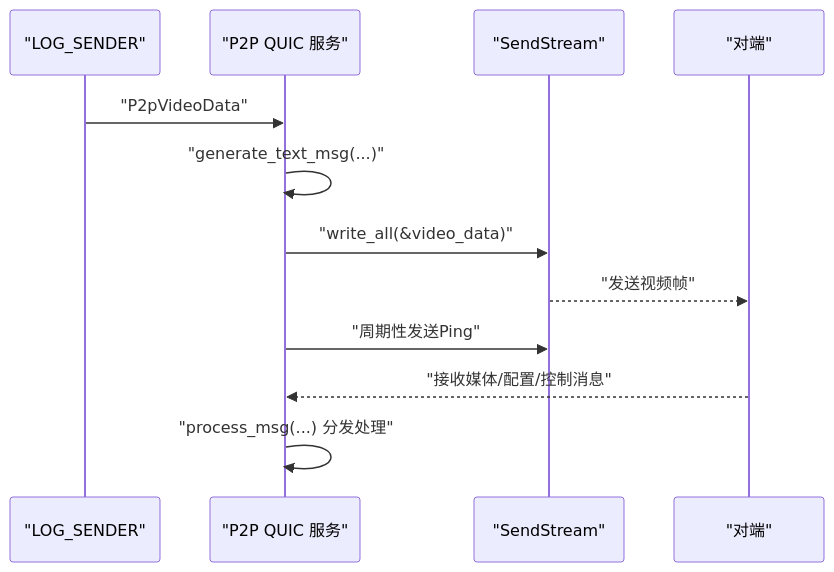
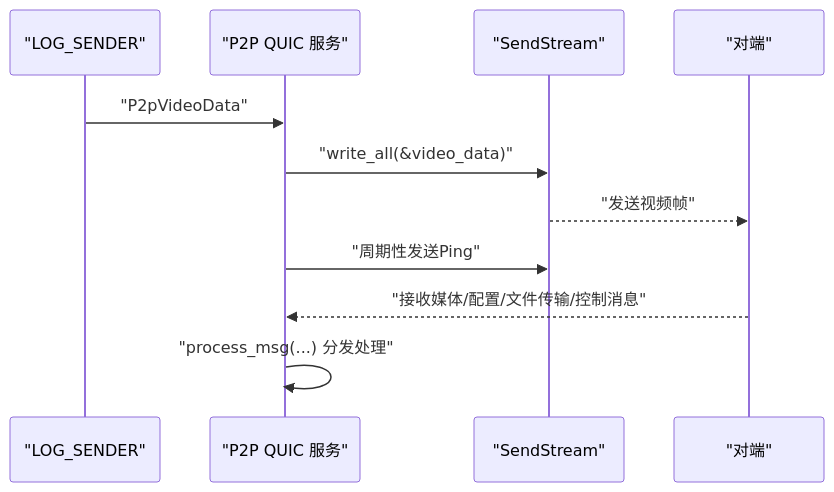
One commit to nicolastinger/only-talk-app changed the fifth of 11 diagrams in .qoder/repowiki/zh/content/网络通信/网络通信.md. Above: the diagram before and after it, drawn with Mermaid. The commit also changed other lines of this file and 9 other files, not shown here.

````diff
--- a/.qoder/repowiki/zh/content/网络通信/网络通信.md
+++ b/.qoder/repowiki/zh/content/网络通信/网络通信.md
@@ -169,14 +196,13 @@
 ```mermaid
 sequenceDiagram
 participant Sender as "LOG_SENDER"
 participant QP2P as "P2P QUIC 服务"
 participant Stream as "SendStream"
 participant Peer as "对端"
 Sender->>QP2P : "P2pVideoData"
-QP2P->>QP2P : "generate_text_msg(...)"
 QP2P->>Stream : "write_all(&video_data)"
 Stream-->>Peer : "发送视频帧"
 QP2P->>Stream : "周期性发送Ping"
-Peer-->>QP2P : "接收媒体/配置/控制消息"
+Peer-->>QP2P : "接收媒体/配置/文件传输/控制消息"
 QP2P->>QP2P : "process_msg(...) 分发处理"
 ```
````
